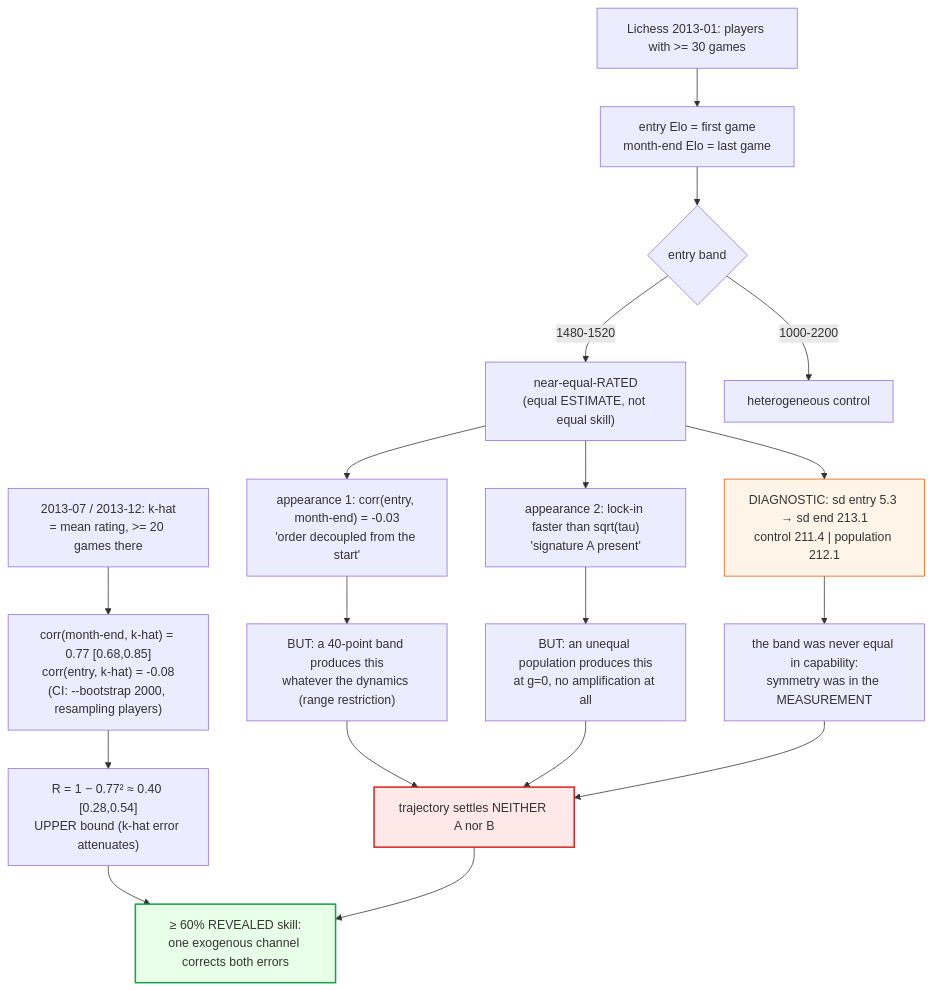
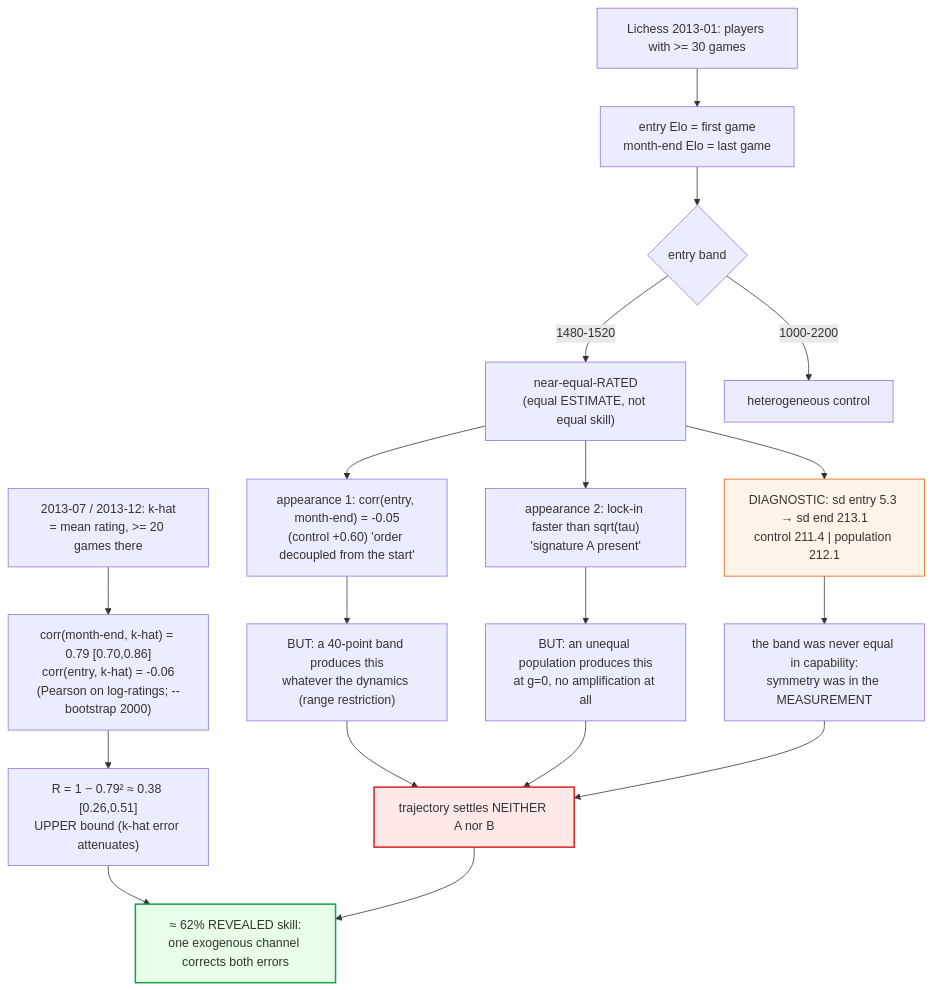
Diagram 20 of 21 in scripts/ALGORITHMS_DIAGRAMS.md (dkrse/symmetry-breaking-amplifier), drawn with Mermaid before and after one commit. The commit also changed other lines of this file and 28 other files, not shown here.

````diff
--- a/scripts/ALGORITHMS_DIAGRAMS.md
+++ b/scripts/ALGORITHMS_DIAGRAMS.md
@@ -296,21 +330,21 @@
 ```mermaid
 flowchart TD
     A["Lichess 2013-01: players with >= 30 games"] --> B["entry Elo = first game<br/>month-end Elo = last game"]
     B --> C{"entry band"}
     C -->|"1480-1520"| D["near-equal-RATED<br/>(equal ESTIMATE, not equal skill)"]
     C -->|"1000-2200"| E["heterogeneous control"]
-    D --> F["appearance 1: corr(entry, month-end) = -0.03<br/>'order decoupled from the start'"]
+    D --> F["appearance 1: corr(entry, month-end) = -0.05<br/>(control +0.60) 'order decoupled from the start'"]
     D --> G["appearance 2: lock-in faster than sqrt(tau)<br/>'signature A present'"]
     F --> H["BUT: a 40-point band produces this<br/>whatever the dynamics (range restriction)"]
     G --> I["BUT: an unequal population produces this<br/>at g=0, no amplification at all"]
     D --> J["DIAGNOSTIC: sd entry 5.3 → sd end 213.1<br/>control 211.4 | population 212.1"]
     J --> K["the band was never equal in capability:<br/>symmetry was in the MEASUREMENT"]
     H & I & K --> L["trajectory settles NEITHER A nor B"]
-    M["2013-07 / 2013-12: k-hat<br/>= mean rating, >= 20 games there"] --> N["corr(month-end, k-hat) = 0.77 [0.68,0.85]<br/>corr(entry, k-hat) = -0.08<br/>(CI: --bootstrap 2000, resampling players)"]
-    N --> O["R = 1 − 0.77² ≈ 0.40 [0.28,0.54]<br/>UPPER bound (k-hat error attenuates)"]
-    O --> P["≥ 60% REVEALED skill:<br/>one exogenous channel corrects both errors"]
+    M["2013-07 / 2013-12: k-hat<br/>= mean rating, >= 20 games there"] --> N["corr(month-end, k-hat) = 0.79 [0.70,0.86]<br/>corr(entry, k-hat) = -0.06<br/>(Pearson on log-ratings; --bootstrap 2000)"]
+    N --> O["R = 1 − 0.79² ≈ 0.38 [0.26,0.51]<br/>UPPER bound (k-hat error attenuates)"]
+    O --> P["≈ 62% REVEALED skill:<br/>one exogenous channel corrects both errors"]
     L --> P
     style L fill:#ffe8e8,stroke:#dc2626,stroke-width:2px
     style P fill:#e8ffe8,stroke:#16a34a,stroke-width:2px
     style J fill:#fff4e8,stroke:#ea580c
 ```
````
